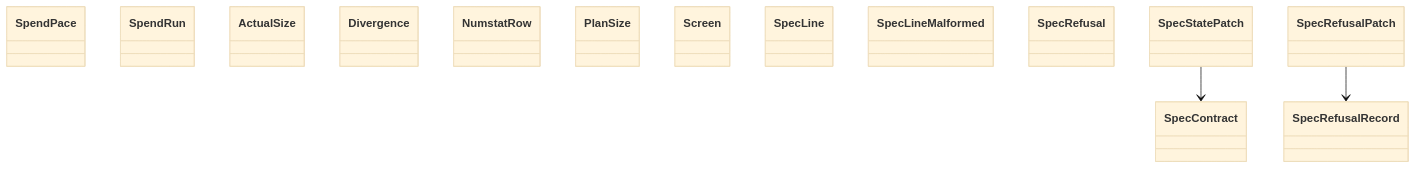
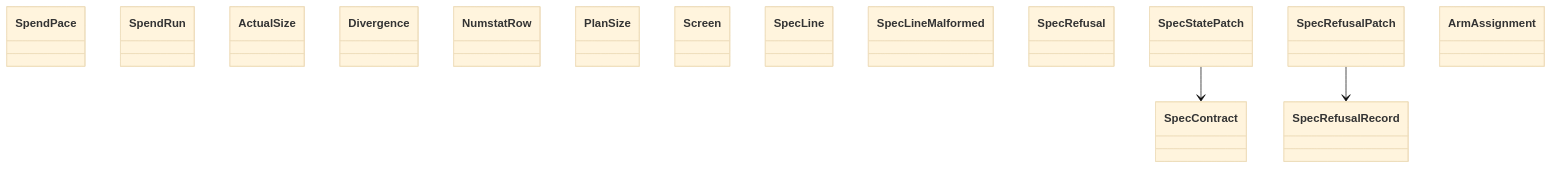
The diagram in docs/architecture/generated/classes-process-domain-state-3.md (GonzaloZevallos/agentic-system), drawn with Mermaid (base theme) before and after one commit. The commit also changed other lines of this file and 20 other files, not shown here.

Commit message:
Regenerate the architecture docs after merging master

````diff
--- a/docs/architecture/generated/classes-process-domain-state-3.md
+++ b/docs/architecture/generated/classes-process-domain-state-3.md
@@ -30,19 +30,20 @@
 ```mermaid
 classDiagram
     class rules__SpendPace["SpendPace"]
     class rules__SpendRun["SpendRun"]
     class size_budget__ActualSize["ActualSize"]
     class size_budget__Divergence["Divergence"]
     class size_budget__NumstatRow["NumstatRow"]
     class size_budget__PlanSize["PlanSize"]
     class spec_delivery__Screen["Screen"]
     class spec_delivery__SpecContract["SpecContract"]
     class spec_delivery__SpecLine["SpecLine"]
     class spec_delivery__SpecLineMalformed["SpecLineMalformed"]
     class spec_delivery__SpecRefusal["SpecRefusal"]
     class spec_delivery__SpecRefusalRecord["SpecRefusalRecord"]
     class spec_delivery__SpecStatePatch["SpecStatePatch"]
     class spec_route__SpecRefusalPatch["SpecRefusalPatch"]
+    class task__ArmAssignment["ArmAssignment"]
     spec_delivery__SpecStatePatch --> spec_delivery__SpecContract
     spec_route__SpecRefusalPatch --> spec_delivery__SpecRefusalRecord
 ```
````
